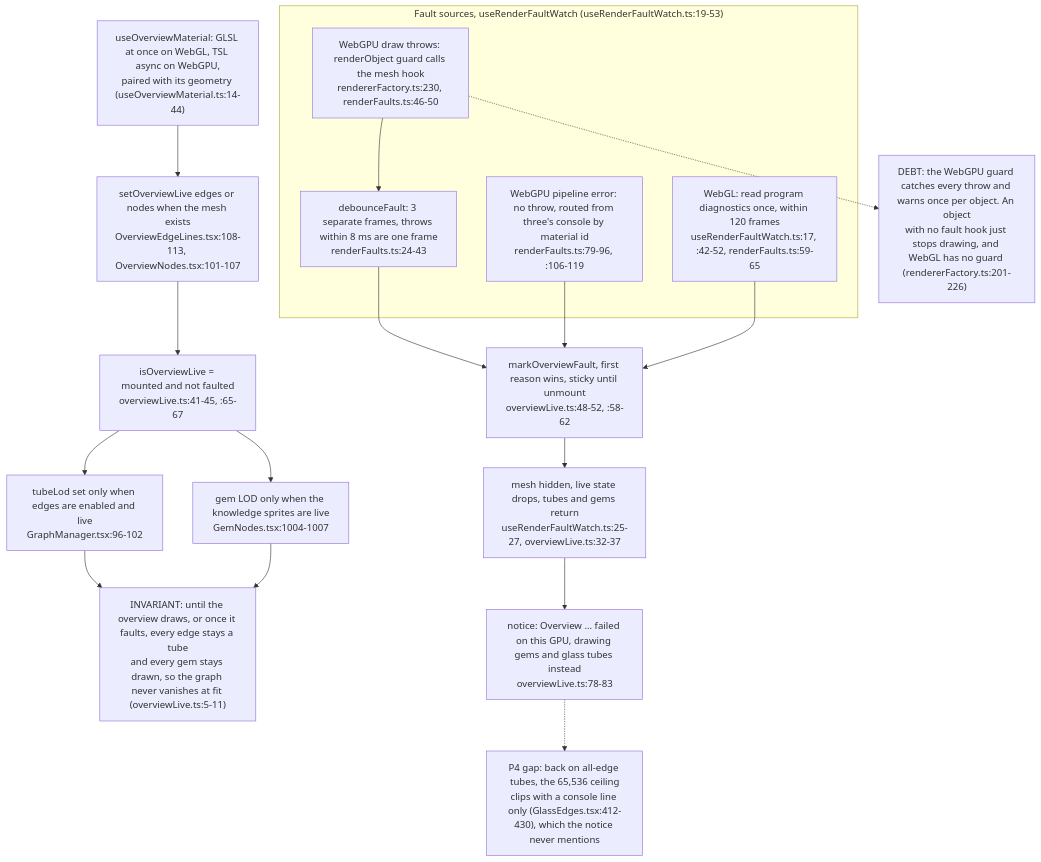
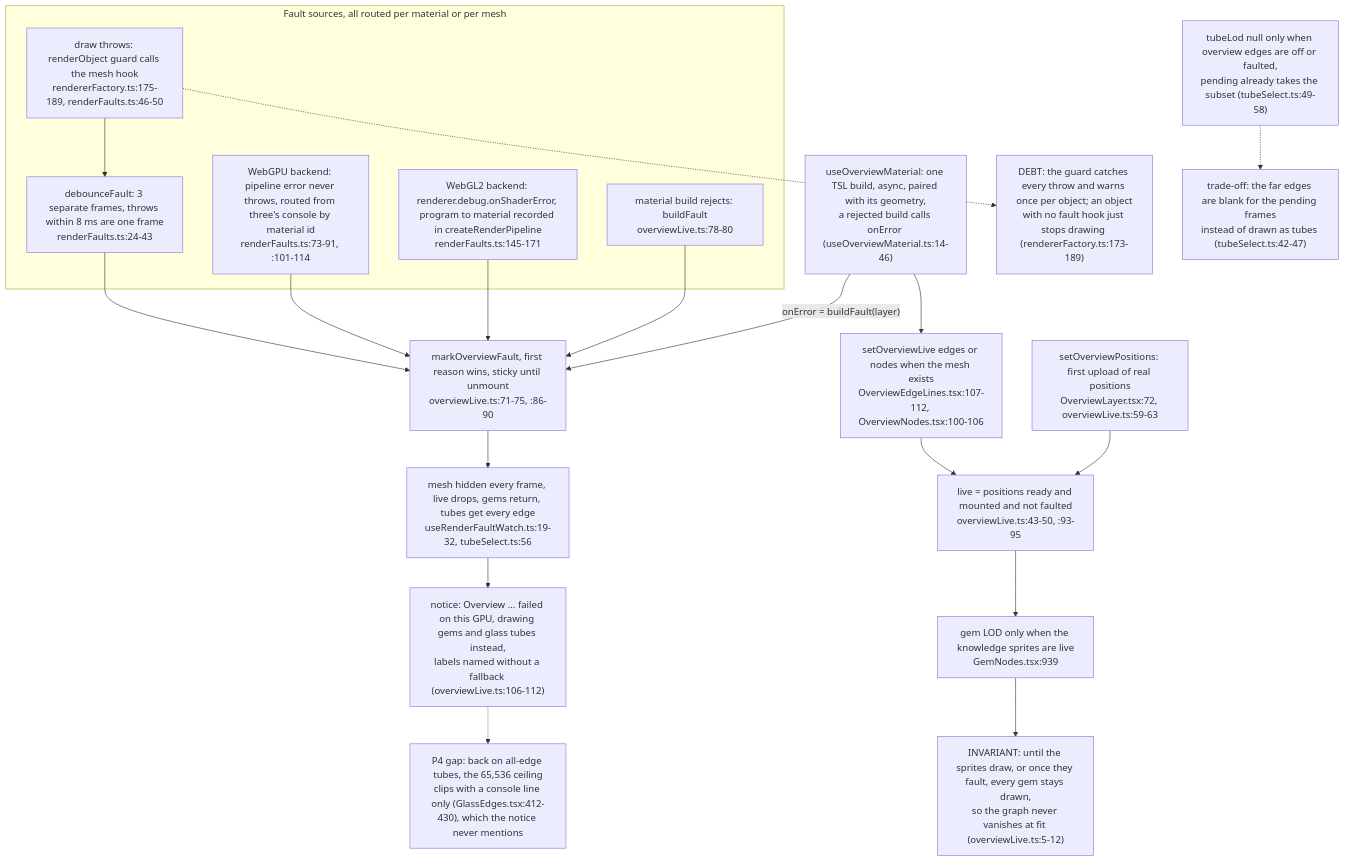
Before and after one commit to DreamLab-AI/VisionFlow: diagram 14 of 15 in docs/diagrams/visionclaw/31-client-graph-render-pipeline.md, drawn with Mermaid. The commit also changed other lines of this file and 46 other files, not shown here.

Commit message:
docs(diagrams): re-verify VisionClaw topics at 809a859aa/a950f4d80 after the consolidation pass

````diff
--- a/docs/diagrams/visionclaw/31-client-graph-render-pipeline.md
+++ b/docs/diagrams/visionclaw/31-client-graph-render-pipeline.md
@@ -753,23 +743,27 @@
 ```mermaid
 flowchart TB
-    MB["useOverviewMaterial: GLSL at once on WebGL, TSL async on WebGPU,<br/>paired with its geometry (useOverviewMaterial.ts:14-44)"]
-    MB --> LIVE["setOverviewLive edges or nodes when the mesh exists<br/>OverviewEdgeLines.tsx:108-113, OverviewNodes.tsx:101-107"]
-    LIVE --> STATE["isOverviewLive = mounted and not faulted<br/>overviewLive.ts:41-45, :65-67"]
-    STATE --> TUBES["tubeLod set only when edges are enabled and live<br/>GraphManager.tsx:96-102"]
-    STATE --> GEMS["gem LOD only when the knowledge sprites are live<br/>GemNodes.tsx:1004-1007"]
-    TUBES --> INV["INVARIANT: until the overview draws, or once it faults, every edge stays a tube<br/>and every gem stays drawn, so the graph never vanishes at fit (overviewLive.ts:5-11)"]
-    GEMS --> INV
-    subgraph F["Fault sources, useRenderFaultWatch (useRenderFaultWatch.ts:19-53)"]
-        G1["WebGPU draw throws: renderObject guard calls the mesh hook<br/>rendererFactory.ts:230, renderFaults.ts:46-50"]
+    MB["useOverviewMaterial: one TSL build, async, paired with its geometry,<br/>a rejected build calls onError (useOverviewMaterial.ts:14-46)"]
+    MB -->|"onError = buildFault(layer)"| MARK
+    MB --> LIVE["setOverviewLive edges or nodes when the mesh exists<br/>OverviewEdgeLines.tsx:107-112, OverviewNodes.tsx:100-106"]
+    POS["setOverviewPositions: first upload of real positions<br/>OverviewLayer.tsx:72, overviewLive.ts:59-63"] --> STATE
+    LIVE --> STATE["live = positions ready and mounted and not faulted<br/>overviewLive.ts:43-50, :93-95"]
+    STATE --> GEMS["gem LOD only when the knowledge sprites are live<br/>GemNodes.tsx:939"]
+    TUBES["tubeLod null only when overview edges are off or faulted,<br/>pending already takes the subset (tubeSelect.ts:49-58)"]
+    GEMS --> INV["INVARIANT: until the sprites draw, or once they fault, every gem stays drawn,<br/>so the graph never vanishes at fit (overviewLive.ts:5-12)"]
+    subgraph F["Fault sources, all routed per material or per mesh"]
+        G1["draw throws: renderObject guard calls the mesh hook<br/>rendererFactory.ts:175-189, renderFaults.ts:46-50"]
         G1 --> DEB["debounceFault: 3 separate frames, throws within 8 ms are one frame<br/>renderFaults.ts:24-43"]
-        G2["WebGPU pipeline error: no throw, routed from three's console by material id<br/>renderFaults.ts:79-96, :106-119"]
-        G3["WebGL: read program diagnostics once, within 120 frames<br/>useRenderFaultWatch.ts:17, :42-52, renderFaults.ts:59-65"]
+        G2["WebGPU backend: pipeline error never throws, routed from three's console by material id<br/>renderFaults.ts:73-91, :101-114"]
+        G3["WebGL2 backend: renderer.debug.onShaderError, program to material recorded in createRenderPipeline<br/>renderFaults.ts:145-171"]
+        G4["material build rejects: buildFault<br/>overviewLive.ts:78-80"]
     end
-    DEB --> MARK["markOverviewFault, first reason wins, sticky until unmount<br/>overviewLive.ts:48-52, :58-62"]
+    DEB --> MARK["markOverviewFault, first reason wins, sticky until unmount<br/>overviewLive.ts:71-75, :86-90"]
     G2 --> MARK
     G3 --> MARK
-    MARK --> HIDE["mesh hidden, live state drops, tubes and gems return<br/>useRenderFaultWatch.ts:25-27, overviewLive.ts:32-37"]
-    HIDE --> TXT["notice: Overview ... failed on this GPU, drawing gems and glass tubes instead<br/>overviewLive.ts:78-83"]
-    G1 -.-> D1["DEBT: the WebGPU guard catches every throw and warns once per object. An object<br/>with no fault hook just stops drawing, and WebGL has no guard (rendererFactory.ts:201-226)"]
+    G4 --> MARK
+    MARK --> HIDE["mesh hidden every frame, live drops, gems return, tubes get every edge<br/>useRenderFaultWatch.ts:19-32, tubeSelect.ts:56"]
+    HIDE --> TXT["notice: Overview ... failed on this GPU, drawing gems and glass tubes instead,<br/>labels named without a fallback (overviewLive.ts:106-112)"]
+    G1 -.-> D1["DEBT: the guard catches every throw and warns once per object; an object<br/>with no fault hook just stops drawing (rendererFactory.ts:173-189)"]
     TXT -.-> T1["P4 gap: back on all-edge tubes, the 65,536 ceiling<br/>clips with a console line only (GlassEdges.tsx:412-430), which the notice never mentions"]
+    TUBES -.-> TR["trade-off: the far edges are blank for the pending frames<br/>instead of drawn as tubes (tubeSelect.ts:42-47)"]
 ```
````
